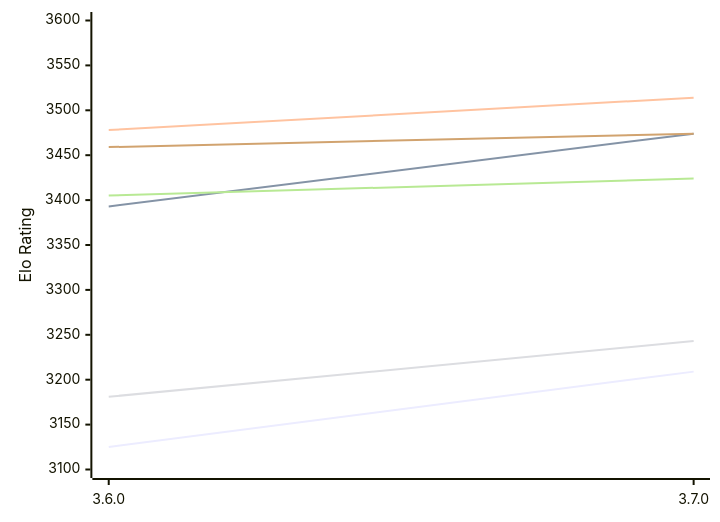
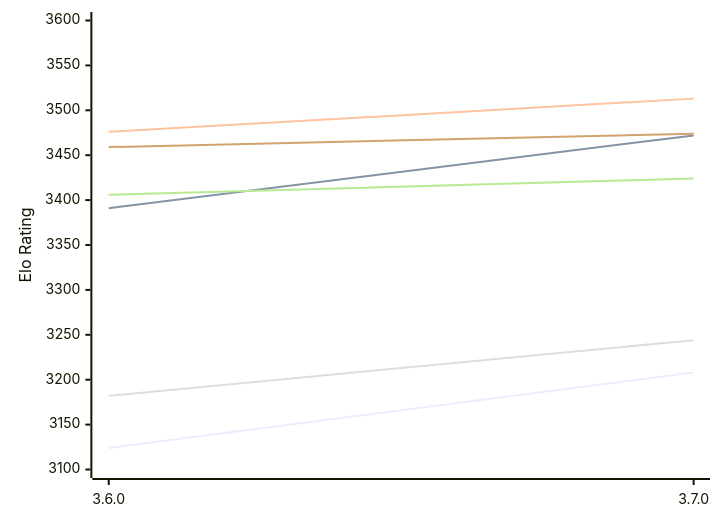
One commit to computer-chess-index/cci changed the diagram in engines/Simplechess.md. Above: the diagram before and after it, drawn with Mermaid. The commit also changed other lines of this file, not shown here.

Commit message:
Update CCI Ratings (ELO VLTC) - 2026-11-28

````diff
--- a/engines/Simplechess.md
+++ b/engines/Simplechess.md
@@ -49,12 +49,12 @@
 ```mermaid
 %%{init: {"theme":"base","themeVariables":{"seriesColors:['#a3a3a3','#222221','#faa371']}}}%%
 xychart-beta
   x-axis ["3.6.0", "3.7.0"]
   y-axis "Elo Rating" 3100 --> 3600
-  line "E1: STC (8.0+0.08s)" [3125, 3209]
-  line "E1: LTC (60.0+0.60s)" [3393, 3474]
-  line "E1: VLTC (2m24s+1.12s)" [3478, 3514]
-  line "P1: STC (8.0+0.08s)" [3181, 3243]
-  line "P1: LTC (60.0+0.60s)" [3405, 3424]
+  line "E1: STC (8.0+0.08s)" [3124, 3208]
+  line "E1: LTC (60.0+0.60s)" [3391, 3472]
+  line "E1: VLTC (2m24s+1.12s)" [3476, 3513]
+  line "P1: STC (8.0+0.08s)" [3182, 3244]
+  line "P1: LTC (60.0+0.60s)" [3406, 3424]
   line "P1: VLTC (2m24s+1.12s)" [3459, 3474]
 ```
````
